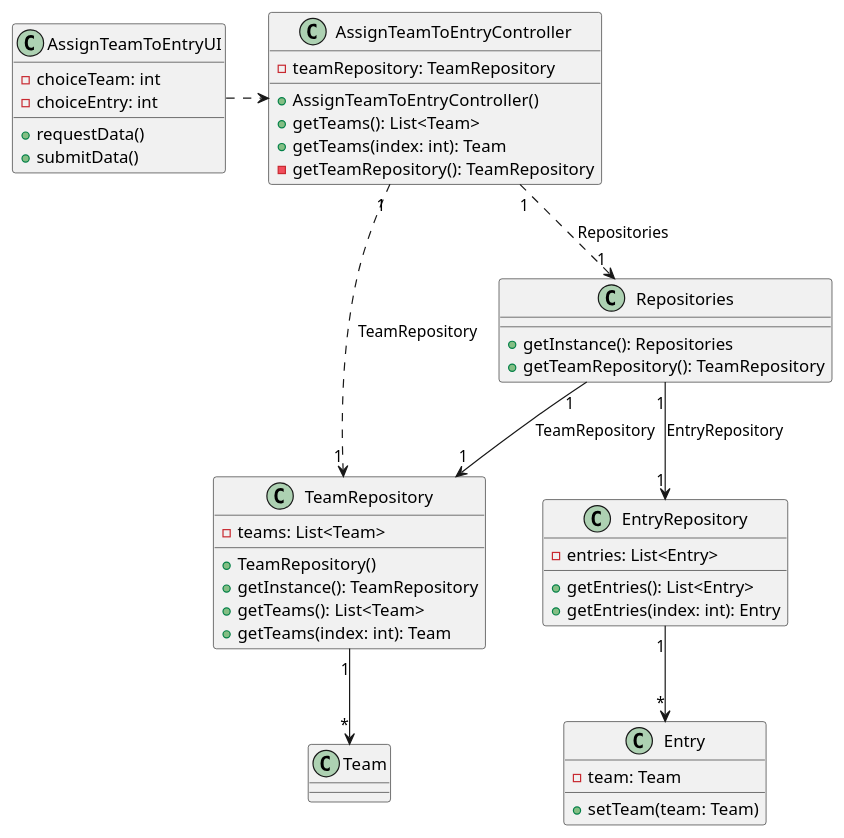
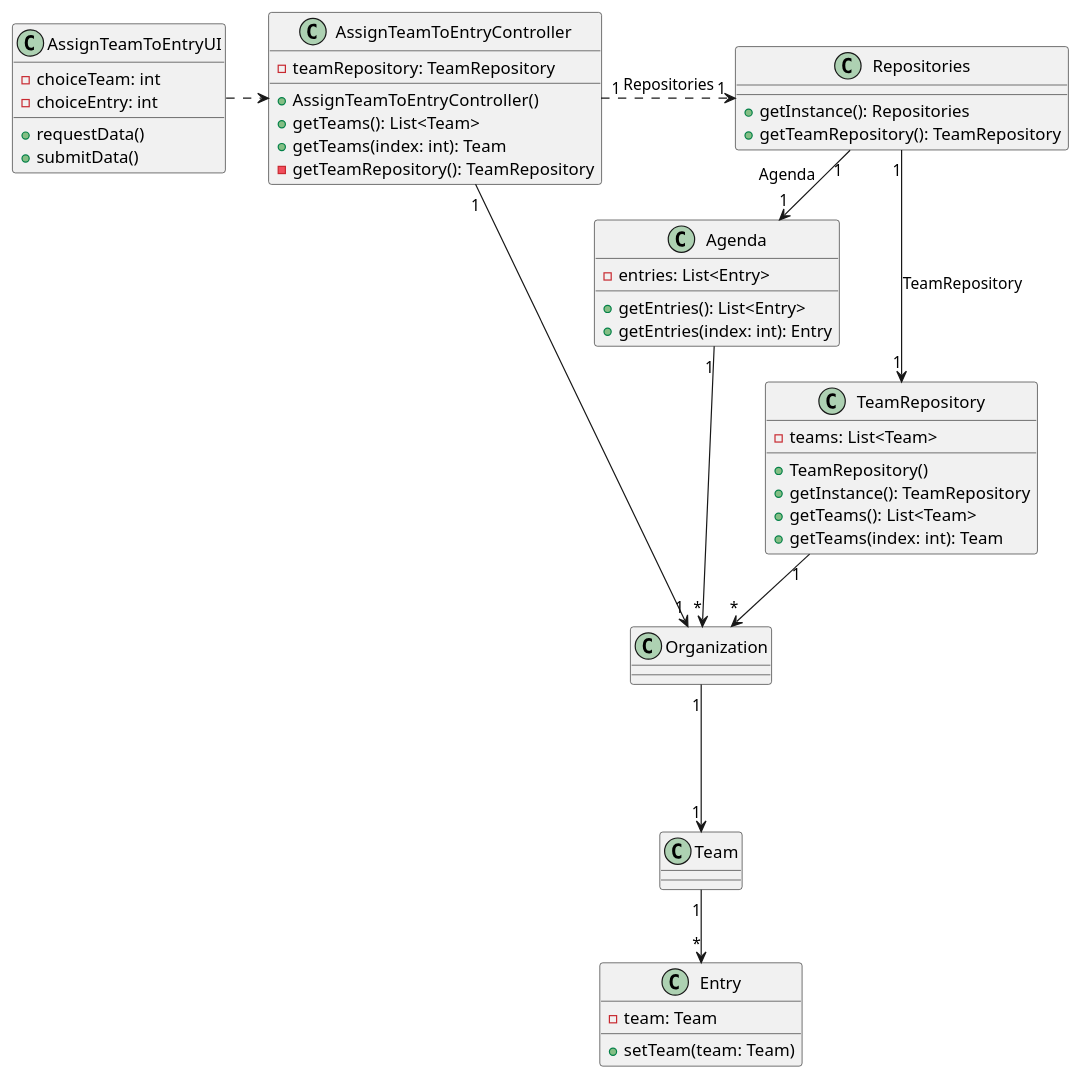
The diagram in docs/SprintC/us23/03.design/puml/us023-class-diagram.puml (Departamento-de-Engenharia-Informatica/lei-24-s2-1df-1de-g063), drawn with PlantUML before and after one commit. The commit also changed 11 other files, not shown here.

```diff
--- a/docs/SprintC/us23/03.design/puml/us023-class-diagram.puml
+++ b/docs/SprintC/us23/03.design/puml/us023-class-diagram.puml
@@ -1,51 +1,56 @@
 @startuml
 
 class AssignTeamToEntryController {
     -teamRepository: TeamRepository
     +AssignTeamToEntryController()
     +getTeams(): List<Team>
     +getTeams(index: int): Team
     -getTeamRepository(): TeamRepository
 }
 
 class AssignTeamToEntryUI {
     -choiceTeam: int
     -choiceEntry: int
     +requestData()
     +submitData()
 }
 
 
 class TeamRepository {
     -teams: List<Team>
     +TeamRepository()
     +getInstance(): TeamRepository
     +getTeams(): List<Team>
     +getTeams(index: int): Team
 }
 
 class Repositories {
     +getInstance(): Repositories
     +getTeamRepository(): TeamRepository
 }
 
-class EntryRepository {
+class Agenda {
     -entries: List<Entry>
     +getEntries(): List<Entry>
     +getEntries(index: int): Entry
 }
 
 class Entry {
     -team: Team
     +setTeam(team: Team)
 }
+class Organization {
+}
 
-AssignTeamToEntryController "1" ..> "1" Repositories : Repositories
-AssignTeamToEntryController "1" ..> "1" TeamRepository : TeamRepository
+AssignTeamToEntryController "1" .> "1" Repositories : Repositories
 AssignTeamToEntryUI .>  AssignTeamToEntryController
 Repositories "1" --> "1" TeamRepository : TeamRepository
-Repositories "1" --> "1" EntryRepository : EntryRepository
-TeamRepository "1" --> "*" Team
-EntryRepository "1" --> "*" Entry
+Repositories "1" -> "1" Agenda : Agenda
+TeamRepository "1" --> "*" Organization
+Agenda "1" --> "*" Organization
+Organization "1" ---> "1" Team
+Team "1" --> "*" Entry
+AssignTeamToEntryController "1" -> "1" Organization
+
 
 @enduml
```
